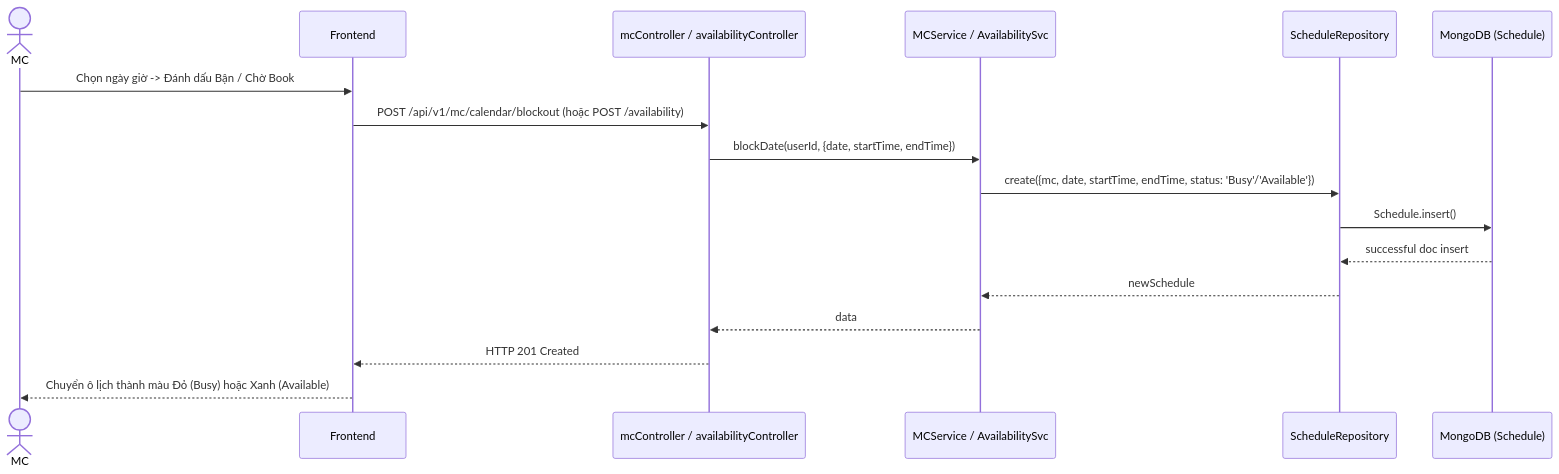
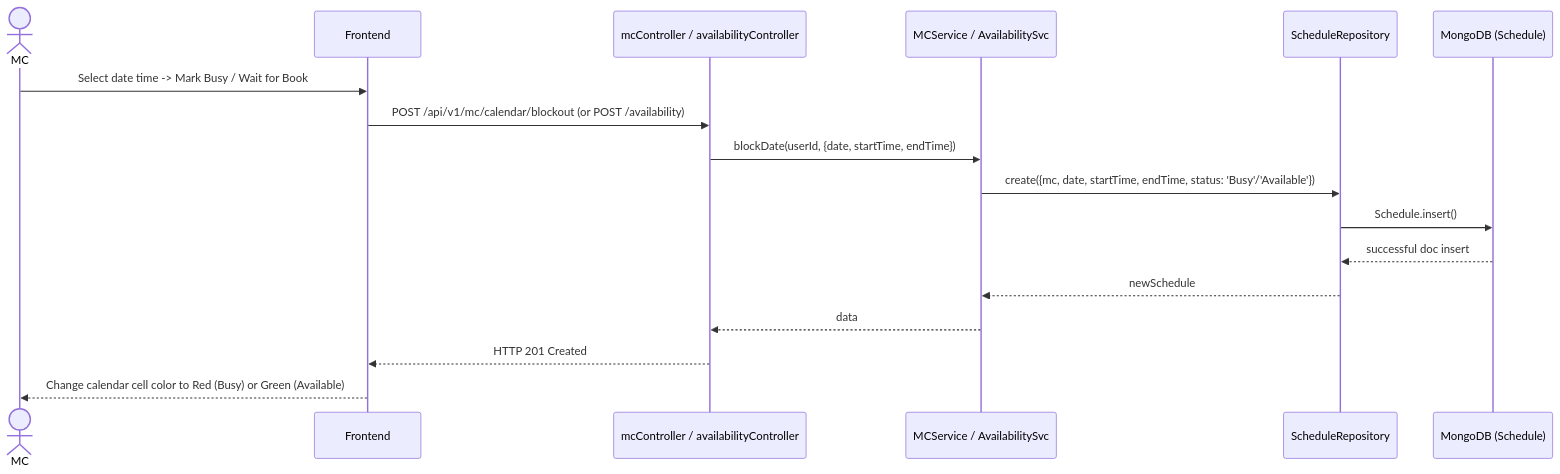
One commit to dat-21/SWD392 changed the ninth of 13 diagrams in UC_Backend_Design_Details.md. Above: the diagram before and after it, drawn with Mermaid. The commit also changed other lines of this file and 1 other file, not shown here.

````diff
--- a/UC_Backend_Design_Details.md
+++ b/UC_Backend_Design_Details.md
@@ -228,20 +228,20 @@
 ```mermaid
 sequenceDiagram
     actor MC
     participant FE as Frontend 
     participant Ctrl as mcController / availabilityController
     participant Svc as MCService / AvailabilitySvc
     participant Repo as ScheduleRepository
     participant DB as MongoDB (Schedule)
 
-    MC->>FE: Chọn ngày giờ -> Đánh dấu Bận / Chờ Book
-    FE->>Ctrl: POST /api/v1/mc/calendar/blockout (hoặc POST /availability)
+    MC->>FE: Select date time -> Mark Busy / Wait for Book
+    FE->>Ctrl: POST /api/v1/mc/calendar/blockout (or POST /availability)
     Ctrl->>Svc: blockDate(userId, {date, startTime, endTime})
     Svc->>Repo: create({mc, date, startTime, endTime, status: 'Busy'/'Available'})
     Repo->>DB: Schedule.insert()
     DB-->>Repo: successful doc insert
     Repo-->>Svc: newSchedule
     Svc-->>Ctrl: data
     Ctrl-->>FE: HTTP 201 Created
-    FE-->>MC: Chuyển ô lịch thành màu Đỏ (Busy) hoặc Xanh (Available)
+    FE-->>MC: Change calendar cell color to Red (Busy) or Green (Available)
 ```
````
